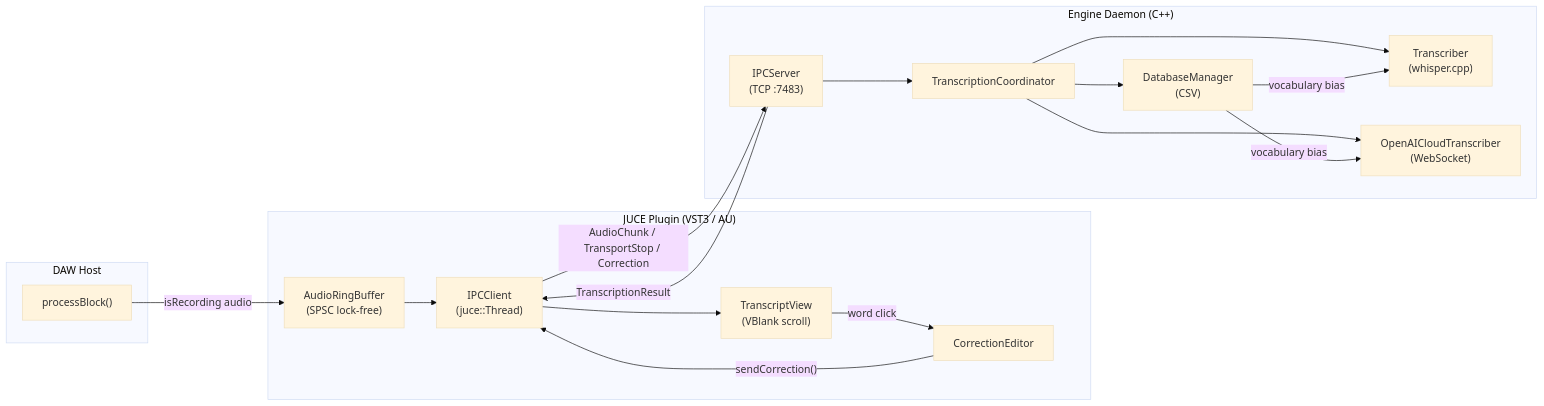
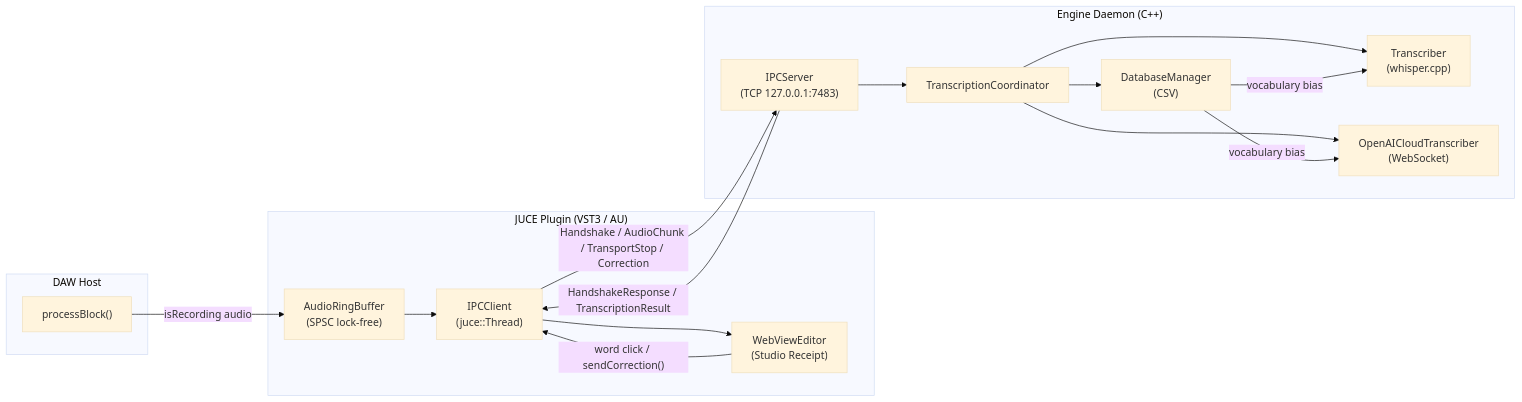
One commit to keeganmoody33/punch2pen changed the diagram in README.md. Above: the diagram before and after it, drawn with Mermaid (base theme). The commit also changed other lines of this file and 25 other files, not shown here.

````diff
--- a/README.md
+++ b/README.md
@@ -9,35 +9,33 @@
 ```mermaid
 flowchart LR
     subgraph DAW["DAW Host"]
         PB["processBlock()"]
     end
 
     subgraph Plugin["JUCE Plugin (VST3 / AU)"]
         RB["AudioRingBuffer<br/>(SPSC lock-free)"]
         IPC_C["IPCClient<br/>(juce::Thread)"]
-        TV["TranscriptView<br/>(VBlank scroll)"]
-        CE["CorrectionEditor"]
+        WV["WebViewEditor<br/>(Studio Receipt)"]
     end
 
     subgraph Engine["Engine Daemon (C++)"]
-        IPC_S["IPCServer<br/>(TCP :7483)"]
+        IPC_S["IPCServer<br/>(TCP 127.0.0.1:7483)"]
         TC["TranscriptionCoordinator"]
         T["Transcriber<br/>(whisper.cpp)"]
         OAI["OpenAICloudTranscriber<br/>(WebSocket)"]
         DB["DatabaseManager<br/>(CSV)"]
     end
 
     PB -- "isRecording audio" --> RB
     RB --> IPC_C
-    IPC_C -- "AudioChunk / TransportStop / Correction" --> IPC_S
+    IPC_C -- "Handshake / AudioChunk / TransportStop / Correction" --> IPC_S
     IPC_S --> TC
     TC --> T
     TC --> OAI
     TC --> DB
-    IPC_S -- "TranscriptionResult" --> IPC_C
-    IPC_C --> TV
-    TV -- "word click" --> CE
-    CE -- "sendCorrection()" --> IPC_C
+    IPC_S -- "HandshakeResponse / TranscriptionResult" --> IPC_C
+    IPC_C --> WV
+    WV -- "word click / sendCorrection()" --> IPC_C
     DB -- "vocabulary bias" --> T
     DB -- "vocabulary bias" --> OAI
 ```
````
